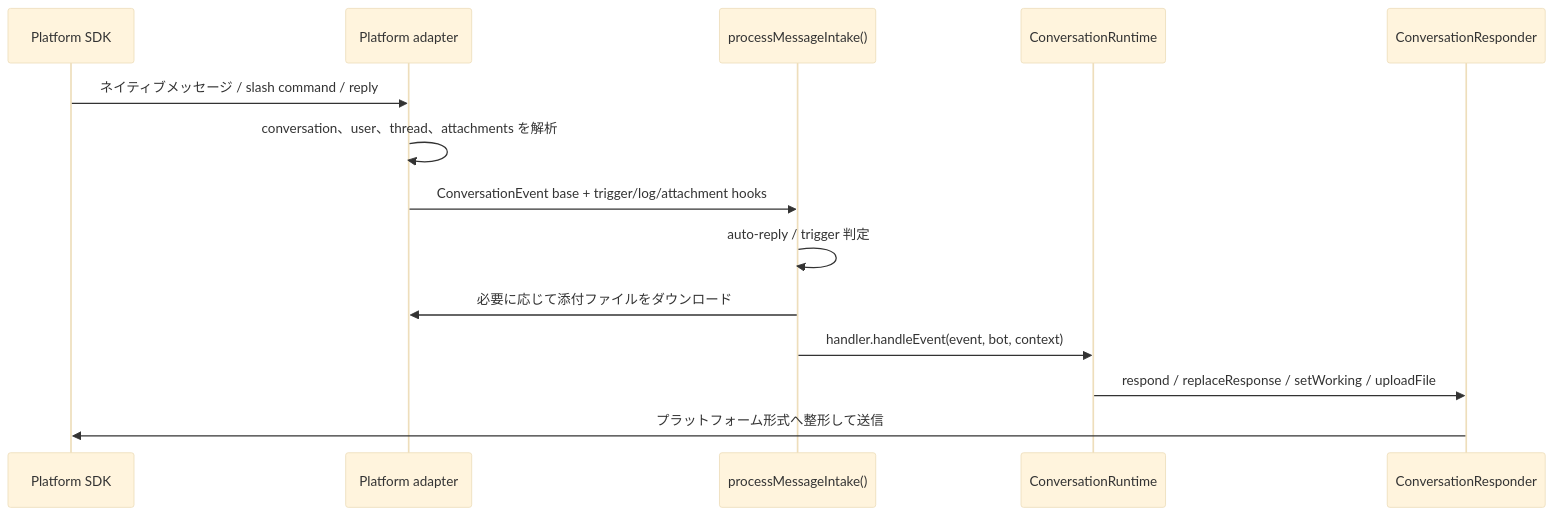
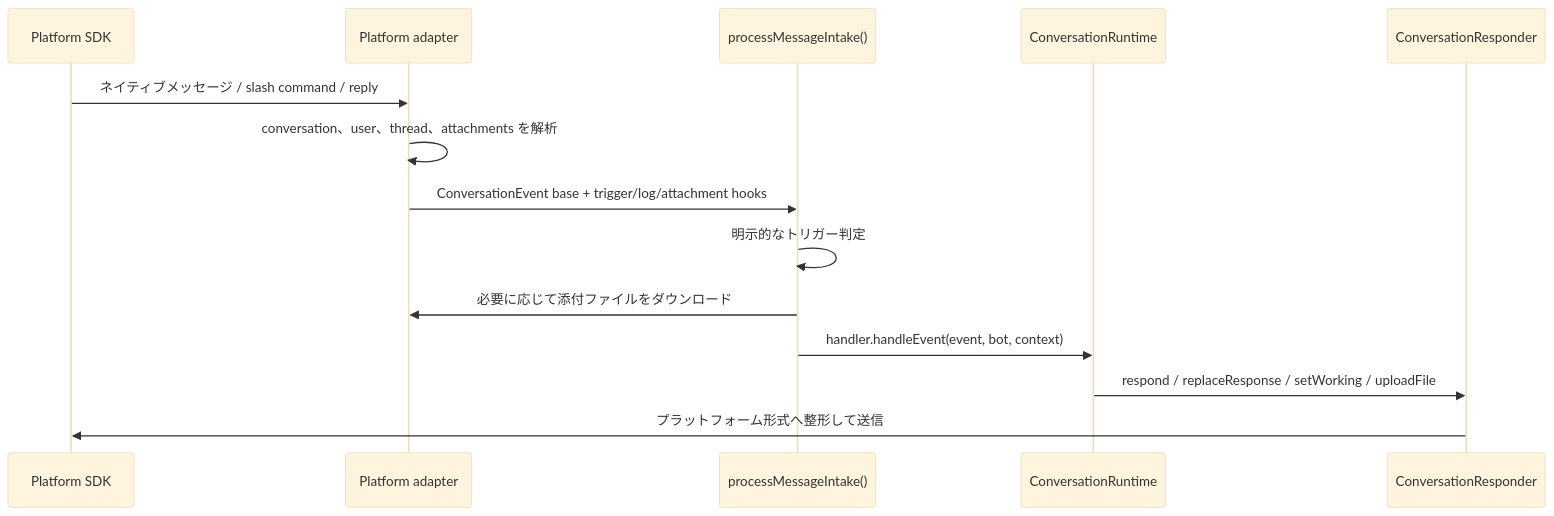
Before and after one commit to geminixiang/mikan: the diagram in src/content/docs/ja/platform-adapters.mdx, drawn with Mermaid (base theme). The commit also changed other lines of this file and 92 other files, not shown here.

First line of the commit message:
refactor: consolidate harness modules and retire auto-reply

````diff
--- a/src/content/docs/ja/platform-adapters.mdx
+++ b/src/content/docs/ja/platform-adapters.mdx
@@ -56,17 +56,17 @@
 ```mermaid
 sequenceDiagram
   participant P as Platform SDK
   participant A as Platform adapter
   participant I as processMessageIntake()
   participant R as ConversationRuntime
   participant C as ConversationResponder
 
   P->>A: ネイティブメッセージ / slash command / reply
   A->>A: conversation、user、thread、attachments を解析
   A->>I: ConversationEvent base + trigger/log/attachment hooks
-  I->>I: auto-reply / trigger 判定
+  I->>I: 明示的なトリガー判定
   I->>A: 必要に応じて添付ファイルをダウンロード
   I->>R: handler.handleEvent(event, bot, context)
   R->>C: respond / replaceResponse / setWorking / uploadFile
   C->>P: プラットフォーム形式へ整形して送信
 ```
````
